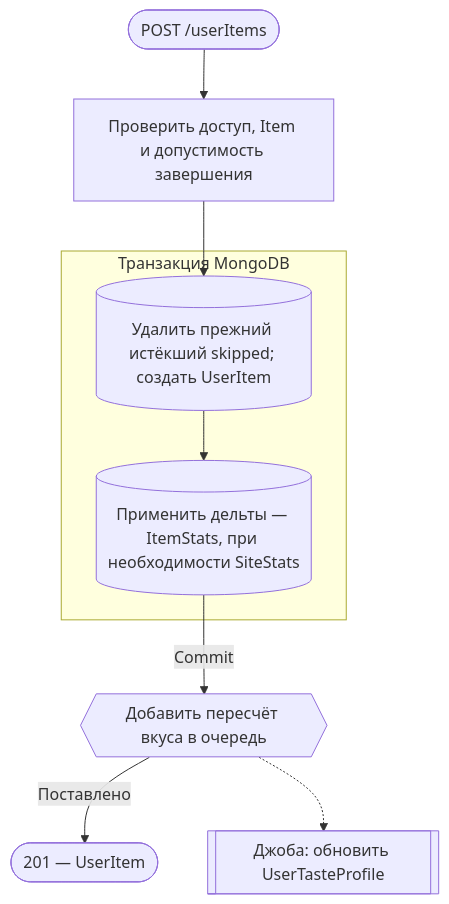
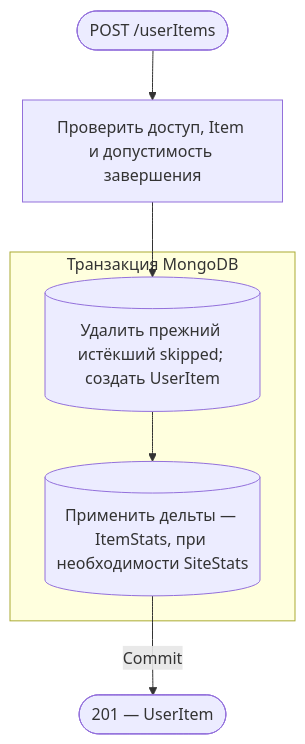
One commit to AmyGrooove/f95-tinder changed the second of 8 diagrams in apps/api/docs/api/requestFlows/userItems.md. Above: the diagram before and after it, drawn with Mermaid. The commit also changed other lines of this file and 83 other files, not shown here.

````diff
--- a/apps/api/docs/api/requestFlows/userItems.md
+++ b/apps/api/docs/api/requestFlows/userItems.md
@@ -37,14 +37,12 @@
 ```mermaid
 flowchart TD
     accTitle: Добавление произведения в библиотеку
-    accDescr: Проверить доступ и Item, создать UserItem со статистикой в транзакции, после commit поставить пересчёт вкуса и вернуть запись
+    accDescr: Проверить доступ и Item, создать UserItem со статистикой в транзакции и вернуть запись
     A(["POST /userItems"]):::http --> B["Проверить доступ, Item и допустимость завершения"]:::action
     subgraph TX["Транзакция MongoDB"]
         C[("Удалить прежний истёкший skipped; создать UserItem")]:::data
         C --> D[("Применить дельты — ItemStats, при необходимости SiteStats")]:::data
     end
     B --> C
-    D -->|Commit| Q{{"Добавить пересчёт вкуса в очередь"}}:::queue
-    Q -->|Поставлено| R(["201 — UserItem"]):::http
-    Q -.-> J[["Джоба: обновить UserTasteProfile"]]:::job
+    D -->|Commit| R(["201 — UserItem"]):::http
 ```
````
